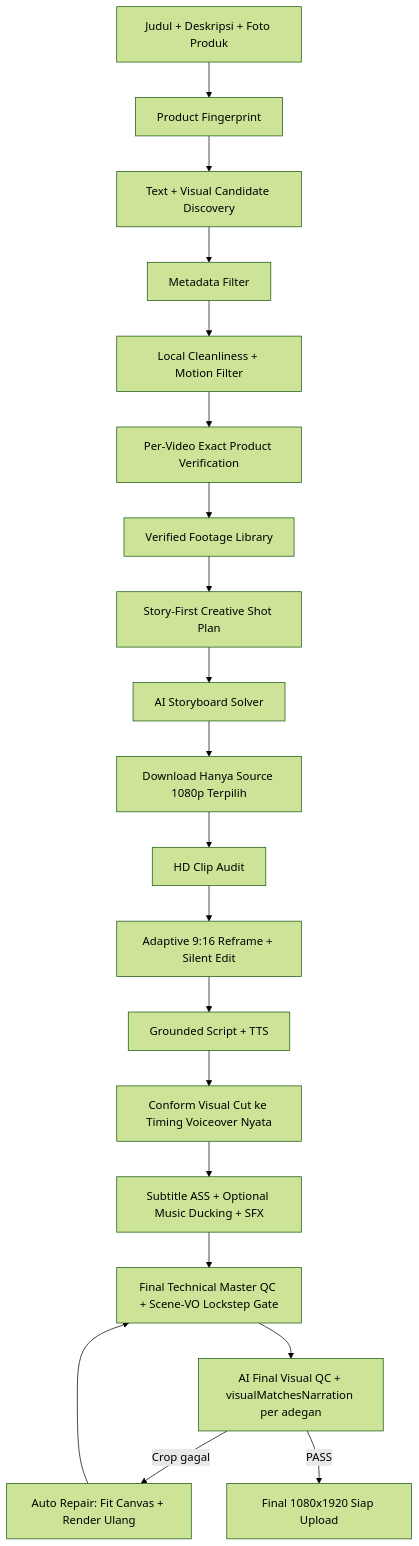
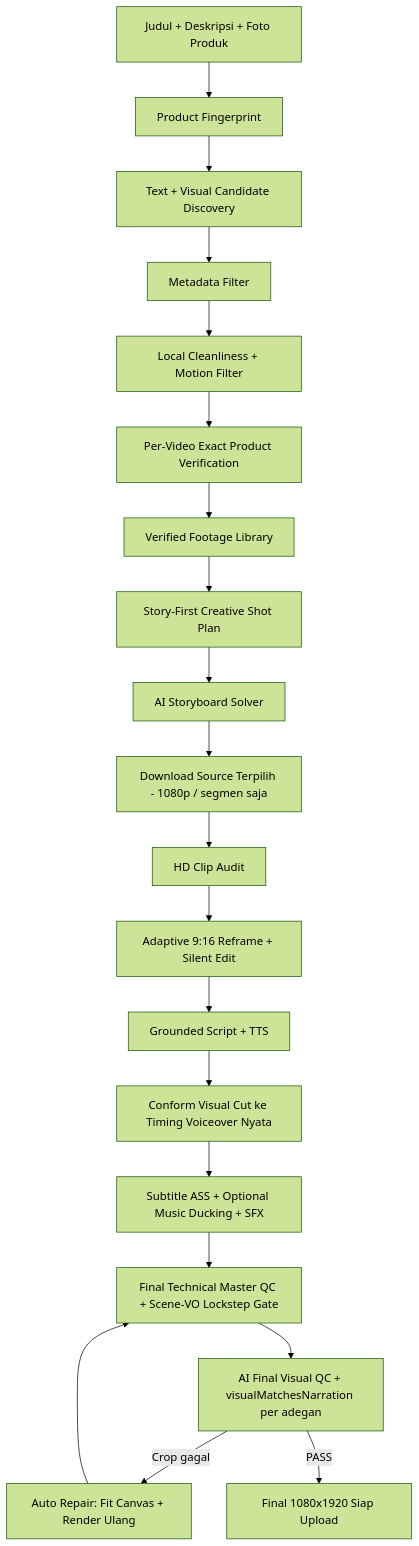
Before and after one commit to Zozodoank/clippervps: the diagram in README.md, drawn with Mermaid (forest theme). The commit also changed other lines of this file, not shown here.

````diff
--- a/README.md
+++ b/README.md
@@ -30,22 +30,22 @@
 ```mermaid
 flowchart TD
     A[Judul + Deskripsi + Foto Produk] --> B[Product Fingerprint]
     B --> C[Text + Visual Candidate Discovery]
     C --> D[Metadata Filter]
     D --> E[Local Cleanliness + Motion Filter]
     E --> F[Per-Video Exact Product Verification]
     F --> G[Verified Footage Library]
     G --> H[Story-First Creative Shot Plan]
     H --> I[AI Storyboard Solver]
-    I --> J[Download Hanya Source 1080p Terpilih]
+    I --> J[Download Source Terpilih - 1080p / segmen saja]
     J --> K[HD Clip Audit]
     K --> L[Adaptive 9:16 Reframe + Silent Edit]
     L --> M[Grounded Script + TTS]
     M --> N[Conform Visual Cut ke Timing Voiceover Nyata]
     N --> O[Subtitle ASS + Optional Music Ducking + SFX]
     O --> P[Final Technical Master QC + Scene-VO Lockstep Gate]
     P --> Q[AI Final Visual QC + visualMatchesNarration per adegan]
     Q -->|Crop gagal| R[Auto Repair: Fit Canvas + Render Ulang]
     R --> P
     Q -->|PASS| S[Final 1080x1920 Siap Upload]
 ```
````
